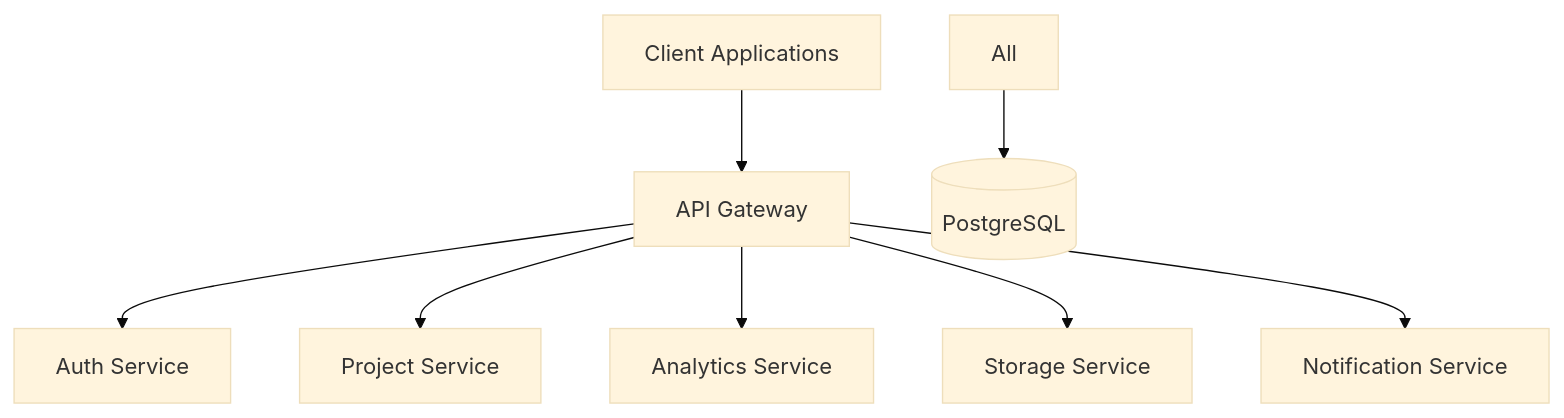
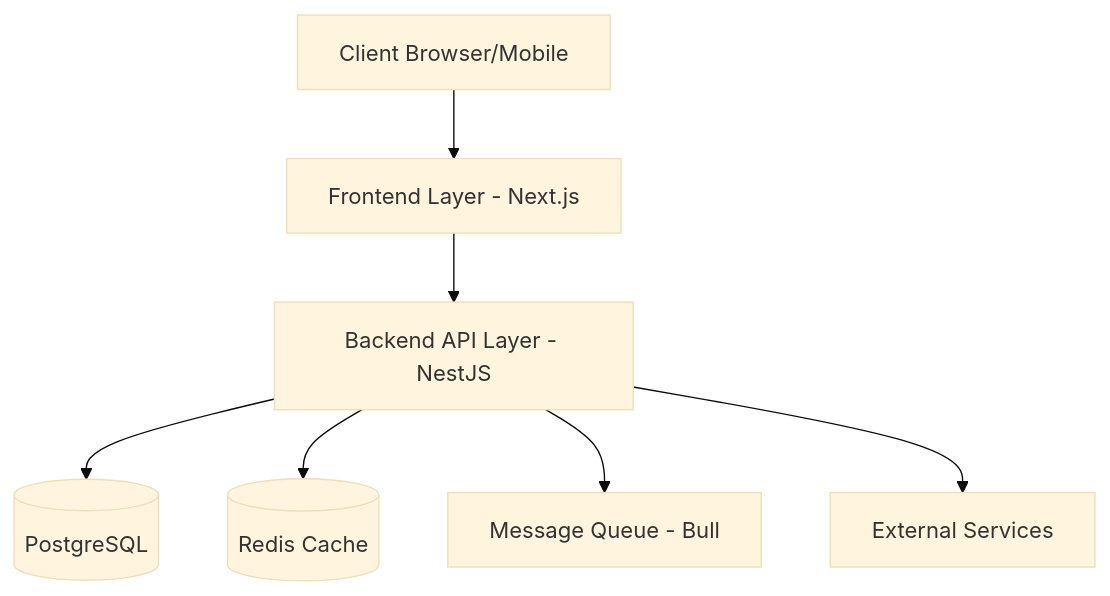
Before and after one commit to erditaskin/production-ready-app: the diagram in .kiro/specs/production-ready-app/design.md, drawn with Mermaid (base theme). The commit also changed other lines of this file, not shown here.

````diff
--- a/.kiro/specs/production-ready-app/design.md
+++ b/.kiro/specs/production-ready-app/design.md
@@ -11,10 +11,9 @@
 ```mermaid
 graph TD
-    Client[Client Applications] --> API[API Gateway]
-    API --> Auth[Auth Service]
-    API --> Projects[Project Service]
-    API --> Analytics[Analytics Service]
-    API --> Storage[Storage Service]
-    API --> Notifications[Notification Service]
-    All --> DB[(PostgreSQL)]
+    Client[Client Browser/Mobile] --> FE[Frontend Layer - Next.js]
+    FE --> API[Backend API Layer - NestJS]
+    API --> DB[(PostgreSQL)]
+    API --> Cache[(Redis Cache)]
+    API --> Queue[Message Queue - Bull]
+    API --> External[External Services]
 ```
````
